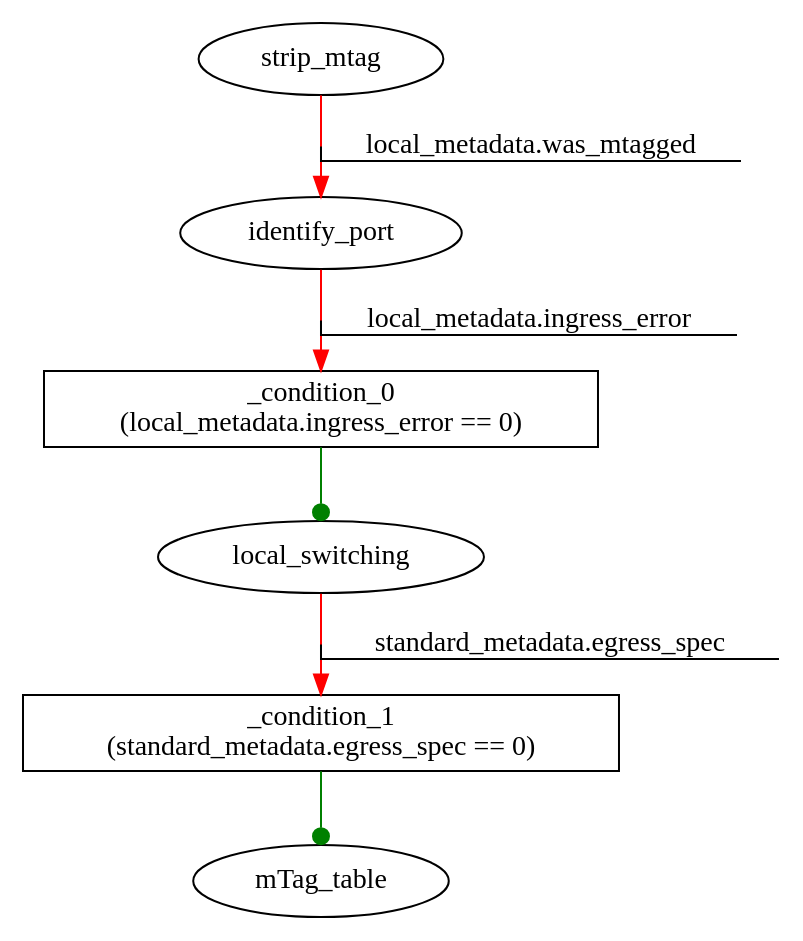
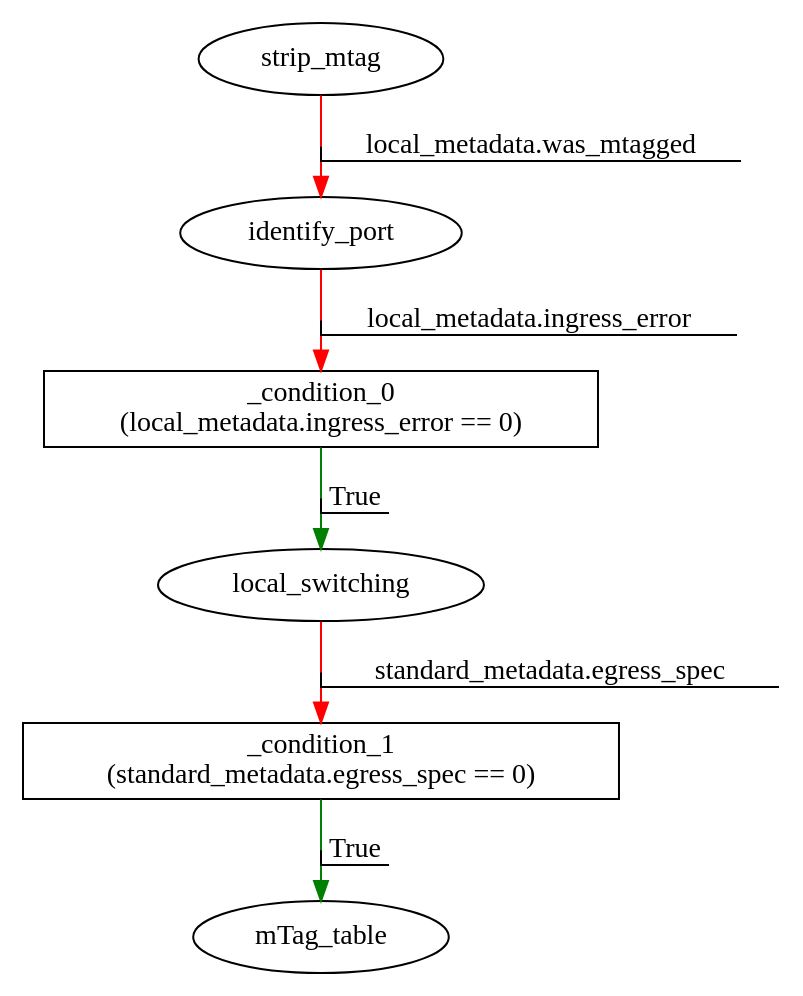
Before and after one commit to jafingerhut/p4lang-tests: the diagram in v1.0.3/mtag/out2-extra-dependency/mtag-edge.ingress.tables_dep.dot, drawn with Graphviz. The commit also changed 50 other files, not shown here.

Commit message:
Remove p4-graphs option --deps-skip-transitive-reduction and add --deps-show-all lease enter the commit message for your changes. Lines starting

```diff
--- a/v1.0.3/mtag/out2-extra-dependency/mtag-edge.ingress.tables_dep.dot
+++ b/v1.0.3/mtag/out2-extra-dependency/mtag-edge.ingress.tables_dep.dot
@@ -1,9 +1,13 @@
 digraph ingress {
-_condition_0 [shape=box label="_condition_0\n(local_metadata.ingress_error == 0)"];
-_condition_1 [shape=box label="_condition_1\n(standard_metadata.egress_spec == 0)"];
-_condition_0 -> local_switching [color=green label="" decorate=true arrowhead = dot];
-_condition_1 -> mTag_table [color=green label="" decorate=true arrowhead = dot];
-identify_port -> _condition_0 [color=red label="local_metadata.ingress_error" decorate=true];
-local_switching -> _condition_1 [color=red label="standard_metadata.egress_spec" decorate=true];
-strip_mtag -> identify_port [color=red label="local_metadata.was_mtagged" decorate=true];
+_condition_0 [ shape=box label="_condition_0\n(local_metadata.ingress_error == 0)"];
+_condition_1 [ shape=box label="_condition_1\n(standard_metadata.egress_spec == 0)"];
+identify_port [ label="identify_port"];
+local_switching [ label="local_switching"];
+mTag_table [ label="mTag_table"];
+strip_mtag [ label="strip_mtag"];
+_condition_0 -> local_switching [color=green label="True" decorate=true ];
+_condition_1 -> mTag_table [color=green label="True" decorate=true ];
+identify_port -> _condition_0 [color=red label="local_metadata.ingress_error" decorate=true ];
+local_switching -> _condition_1 [color=red label="standard_metadata.egress_spec" decorate=true ];
+strip_mtag -> identify_port [color=red label="local_metadata.was_mtagged" decorate=true ];
 }
```
